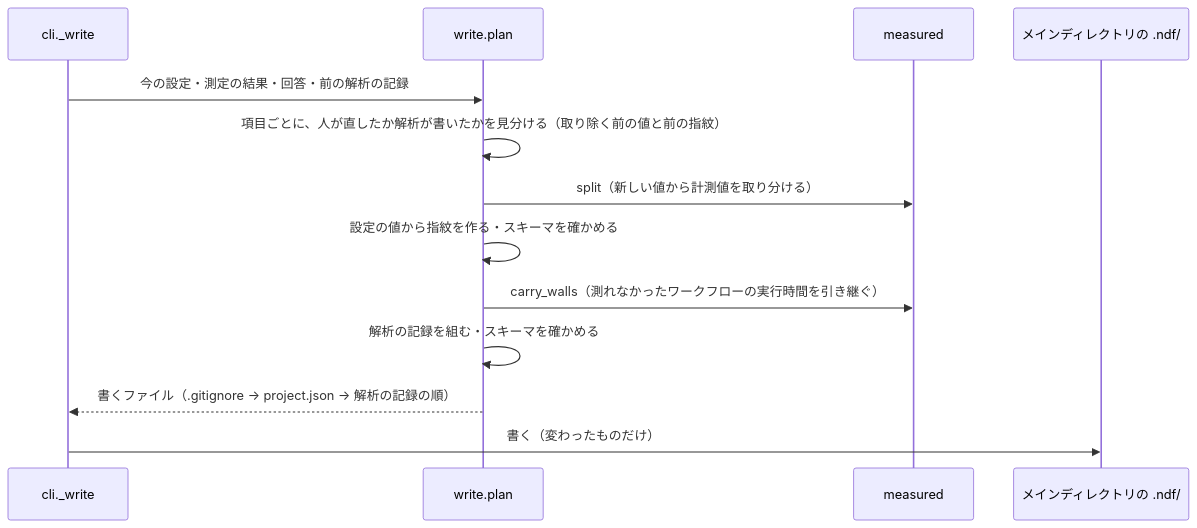
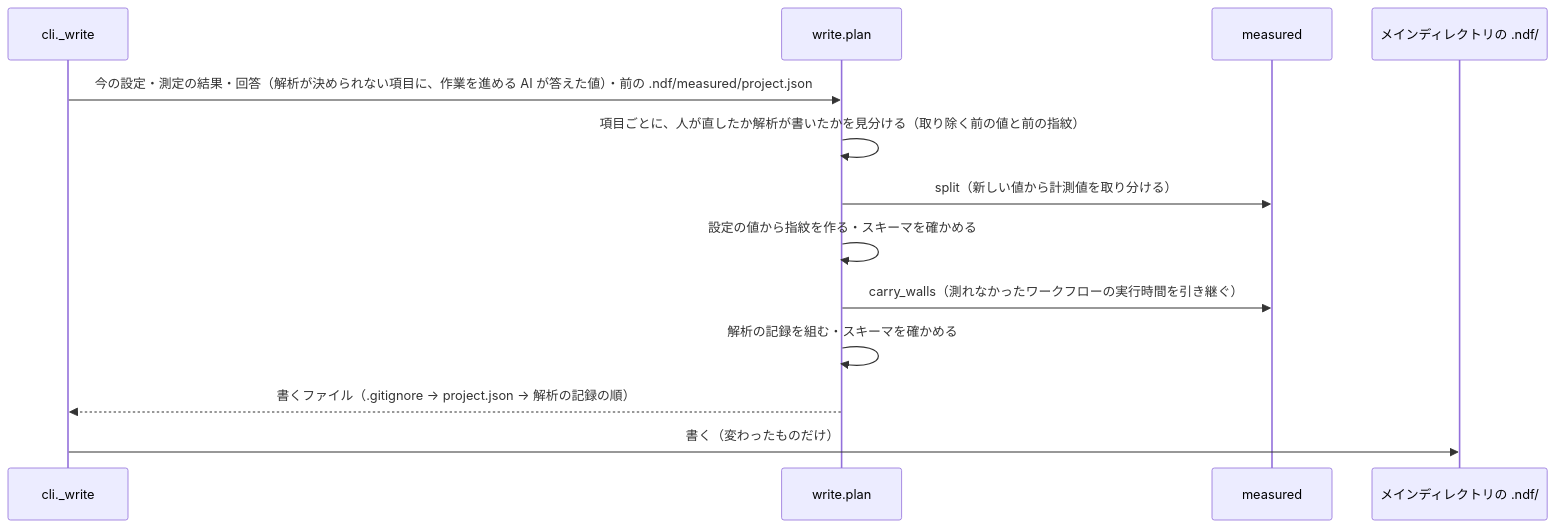
Before and after one commit to devbasex/ai-plugins: the third of 3 diagrams in issues/issue-4516-design.md, drawn with Mermaid. The commit also changed other lines of this file and 2 other files, not shown here.

````diff
--- a/issues/issue-4516-design.md
+++ b/issues/issue-4516-design.md
@@ -149,15 +149,15 @@
 ```mermaid
 sequenceDiagram
   participant CLI as cli._write
   participant W as write.plan
   participant MS as measured
   participant FS as メインディレクトリの .ndf/
-  CLI->>W: 今の設定・測定の結果・回答・前の解析の記録
+  CLI->>W: 今の設定・測定の結果・回答（解析が決められない項目に、作業を進める AI が答えた値）・前の .ndf/measured/project.json
   W->>W: 項目ごとに、人が直したか解析が書いたかを見分ける（取り除く前の値と前の指紋）
   W->>MS: split（新しい値から計測値を取り分ける）
   W->>W: 設定の値から指紋を作る・スキーマを確かめる
   W->>MS: carry_walls（測れなかったワークフローの実行時間を引き継ぐ）
   W->>W: 解析の記録を組む・スキーマを確かめる
   W-->>CLI: 書くファイル（.gitignore → project.json → 解析の記録の順）
   CLI->>FS: 書く（変わったものだけ）
 ```
````
